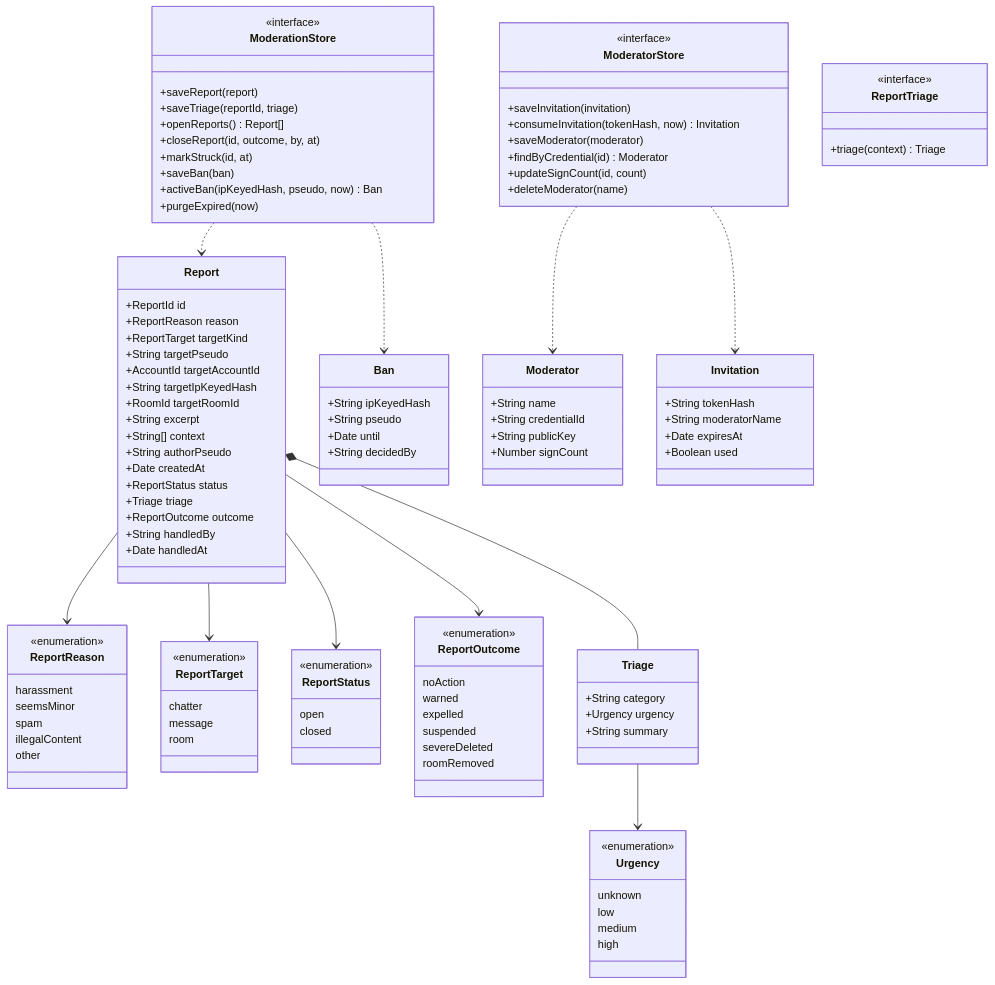
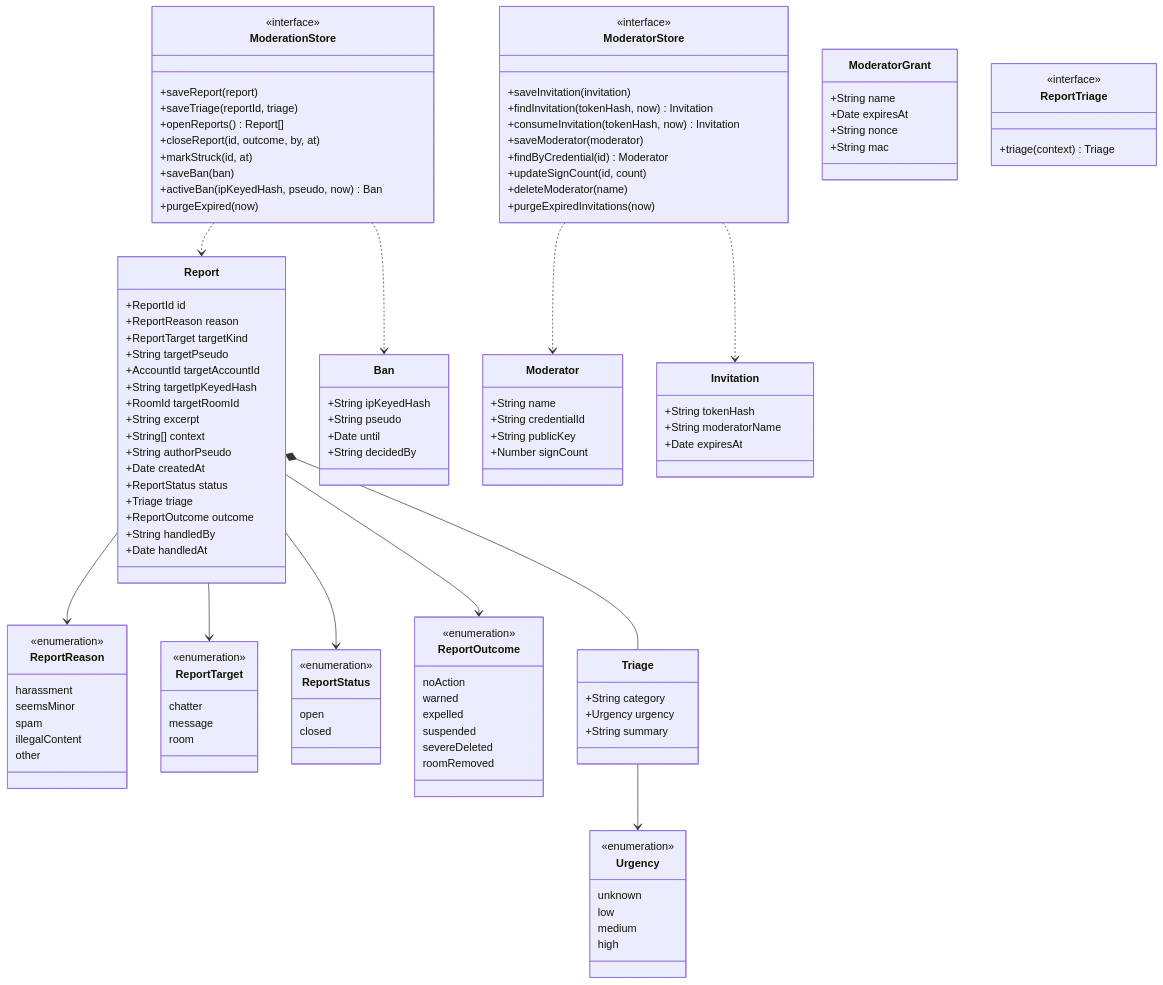
The diagram in docs/architecture/diagrams/moderation/04-class.md (benoit-bremaud/asv), drawn with Mermaid before and after one commit. The commit also changed other lines of this file and 16 other files, not shown here.

```diff
--- a/docs/architecture/diagrams/moderation/04-class.md
+++ b/docs/architecture/diagrams/moderation/04-class.md
@@ -87,7 +87,6 @@
     +String tokenHash
     +String moderatorName
     +Date expiresAt
-    +Boolean used
   }
   class ModerationStore {
     <<interface>>
@@ -103,11 +102,19 @@
   class ModeratorStore {
     <<interface>>
     +saveInvitation(invitation)
+    +findInvitation(tokenHash, now) Invitation
     +consumeInvitation(tokenHash, now) Invitation
     +saveModerator(moderator)
     +findByCredential(id) Moderator
     +updateSignCount(id, count)
     +deleteModerator(name)
+    +purgeExpiredInvitations(now)
+  }
+  class ModeratorGrant {
+    +String name
+    +Date expiresAt
+    +String nonce
+    +String mac
   }
   class ReportTriage {
     <<interface>>
```
